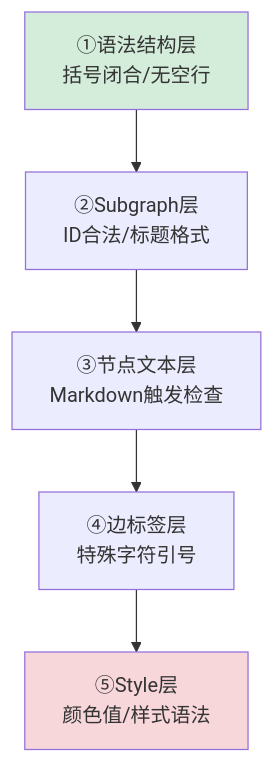
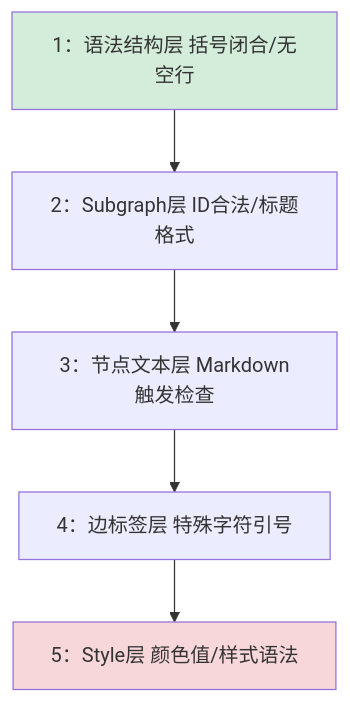
The ninth of 10 diagrams in docs/retrospective/patterns/code-patterns/mermaid-safe-coding-rules.md (xinetzone/SpecWeave), drawn with Mermaid before and after one commit. The commit also changed other lines of this file and 41 other files, not shown here.

First line of the commit message:
feat(mermaid): CI历史债务ratchet基线门禁与节点文本单行化策略

````diff
--- a/docs/retrospective/patterns/code-patterns/mermaid-safe-coding-rules.md
+++ b/docs/retrospective/patterns/code-patterns/mermaid-safe-coding-rules.md
@@ -187,9 +188,9 @@
 ```mermaid
 flowchart TB
-    S1["①语法结构层<br/>括号闭合/无空行"] --> S2["②Subgraph层<br/>ID合法/标题格式"]
-    S2 --> S3["③节点文本层<br/>Markdown触发检查"]
-    S3 --> S4["④边标签层<br/>特殊字符引号"]
-    S4 --> S5["⑤Style层<br/>颜色值/样式语法"]
+    S1["1：语法结构层 括号闭合/无空行"] --> S2["2：Subgraph层 ID合法/标题格式"]
+    S2 --> S3["3：节点文本层 Markdown触发检查"]
+    S3 --> S4["4：边标签层 特殊字符引号"]
+    S4 --> S5["5：Style层 颜色值/样式语法"]
     style S1 fill:#d4edda
     style S5 fill:#f8d7da
 ```
````
